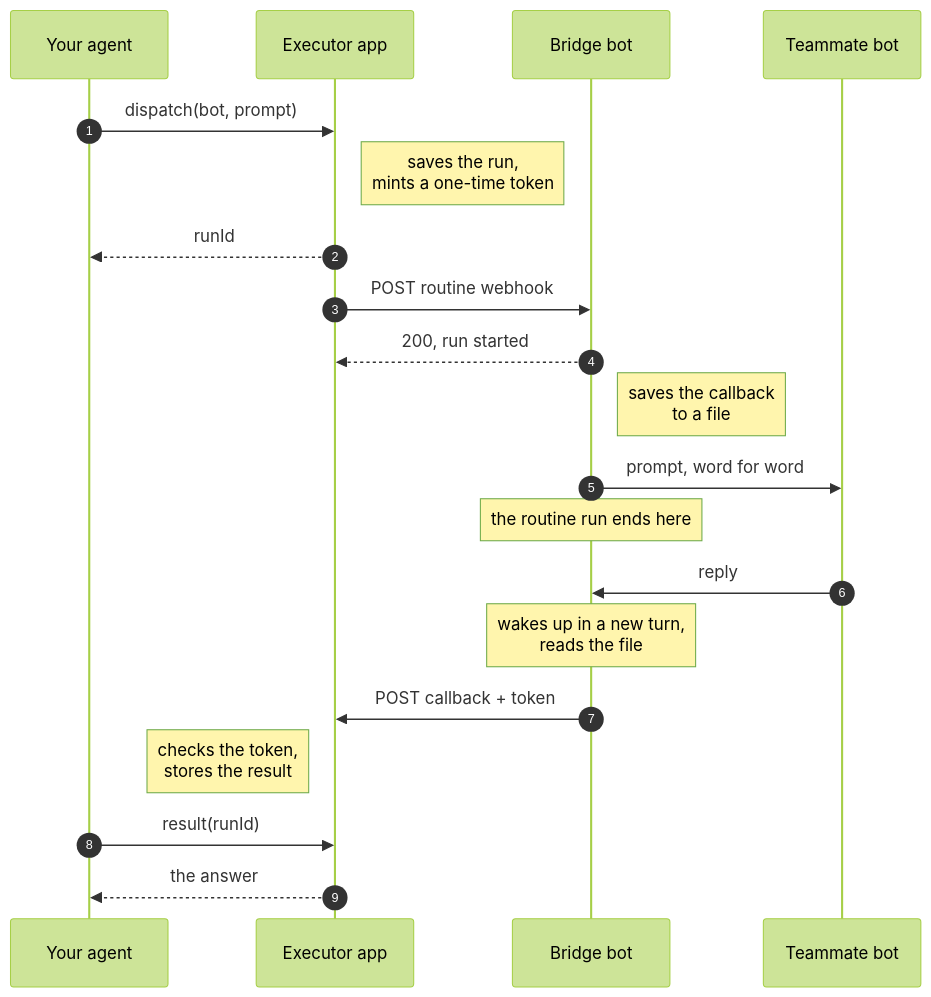
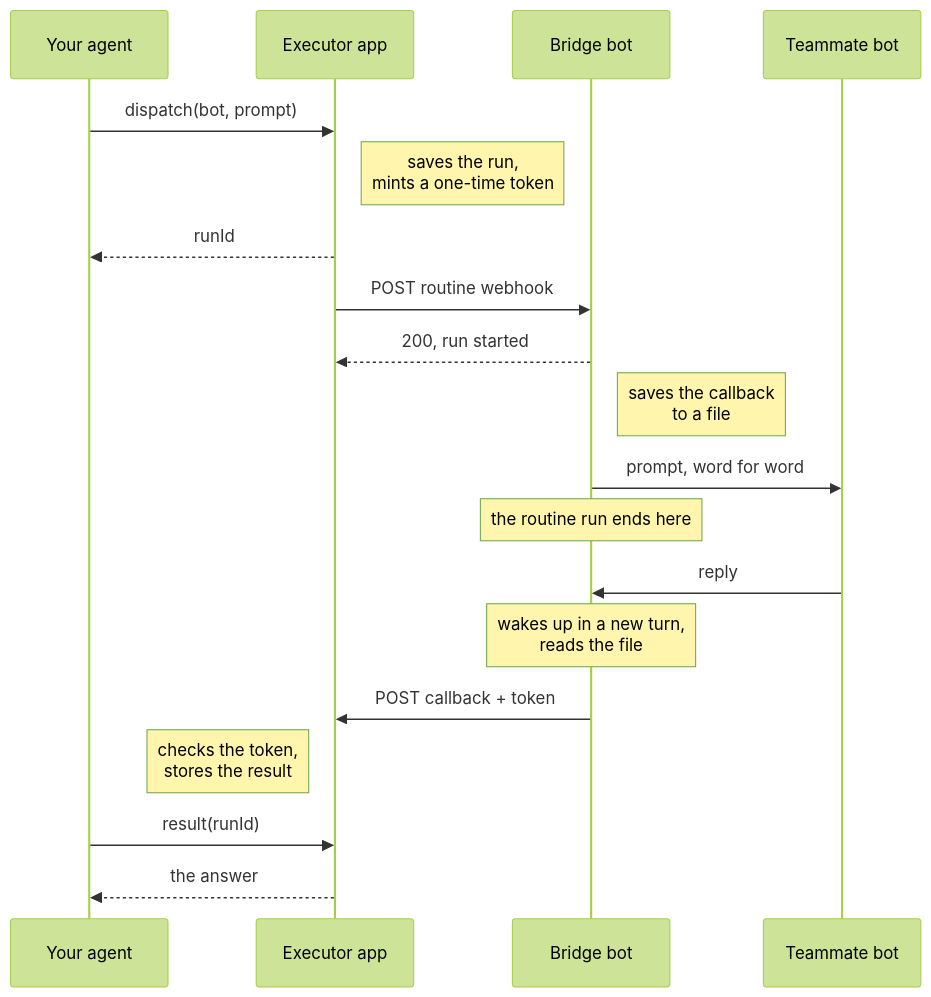
The second of 3 diagrams in README.md (ramarivera/grok-bot-bridge), drawn with Mermaid (forest theme) before and after one commit.

Commit message:
docs: drop step numbers from the sequence diagram
Its nine numbered arrows disagreed with the six steps in the animation.

````diff
--- a/README.md
+++ b/README.md
@@ -117,23 +117,22 @@
 ```mermaid
 sequenceDiagram
-  autonumber
   participant A as Your agent
   participant E as Executor app
   participant B as Bridge bot
   participant T as Teammate bot
 
   A->>E: dispatch(bot, prompt)
   Note right of E: saves the run,<br/>mints a one-time token
   E-->>A: runId
   E->>B: POST routine webhook
   B-->>E: 200, run started
   Note right of B: saves the callback<br/>to a file
   B->>T: prompt, word for word
   Note over B: the routine run ends here
   T->>B: reply
   Note over B: wakes up in a new turn,<br/>reads the file
   B->>E: POST callback + token
   Note left of E: checks the token,<br/>stores the result
   A->>E: result(runId)
   E-->>A: the answer
 ```
````
